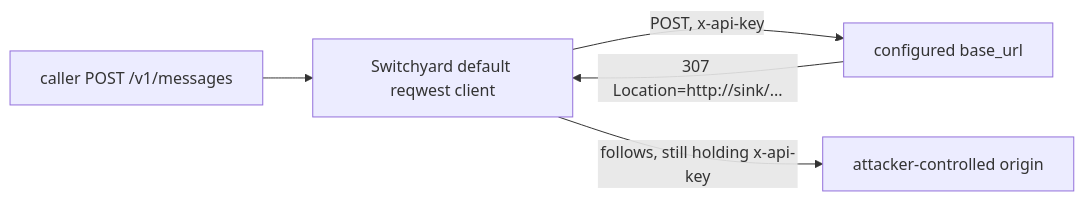
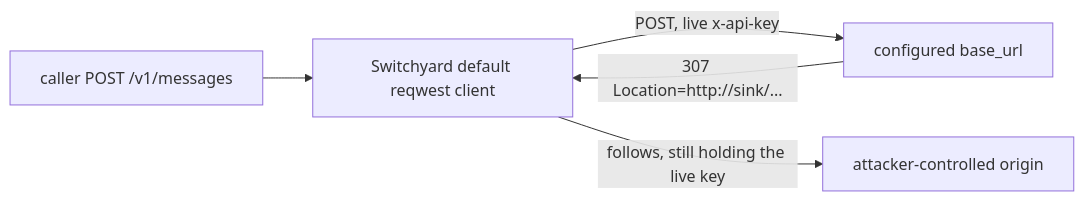
The diagram in issues/063-switchyard-redirect-follows-x-api-key/README.md (Atharva-Kanherkar/kairo), drawn with Mermaid before and after one commit. The commit also changed other lines of this file and 24 other files, not shown here.

````diff
--- a/issues/063-switchyard-redirect-follows-x-api-key/README.md
+++ b/issues/063-switchyard-redirect-follows-x-api-key/README.md
@@ -50,7 +52,7 @@
 ```mermaid
 flowchart LR
   caller["caller POST /v1/messages"] --> sy["Switchyard default reqwest client"]
-  sy -->|"POST, x-api-key"| origin["configured base_url"]
+  sy -->|"POST, live x-api-key"| origin["configured base_url"]
   origin -->|"307 Location=http://sink/..."| sy
-  sy -->|"follows, still holding x-api-key"| sink["attacker-controlled origin"]
+  sy -->|"follows, still holding the live key"| sink["attacker-controlled origin"]
 ```
````
